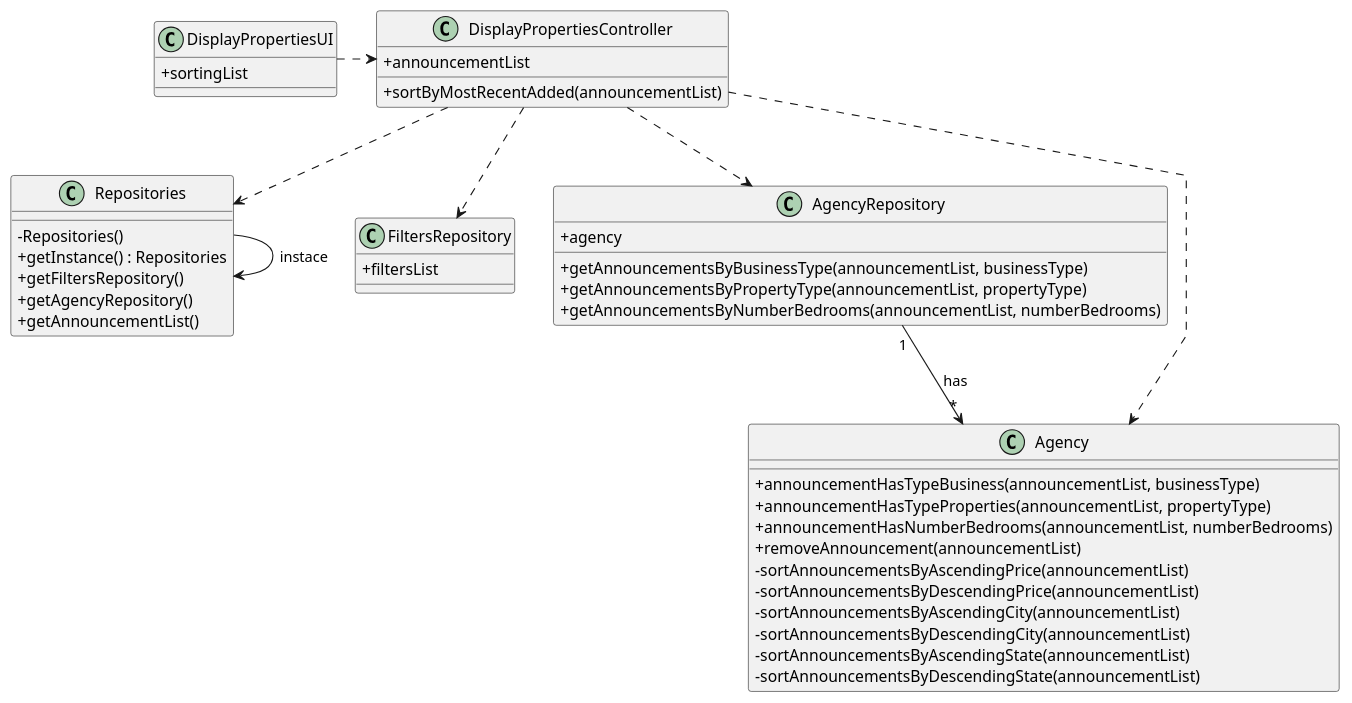
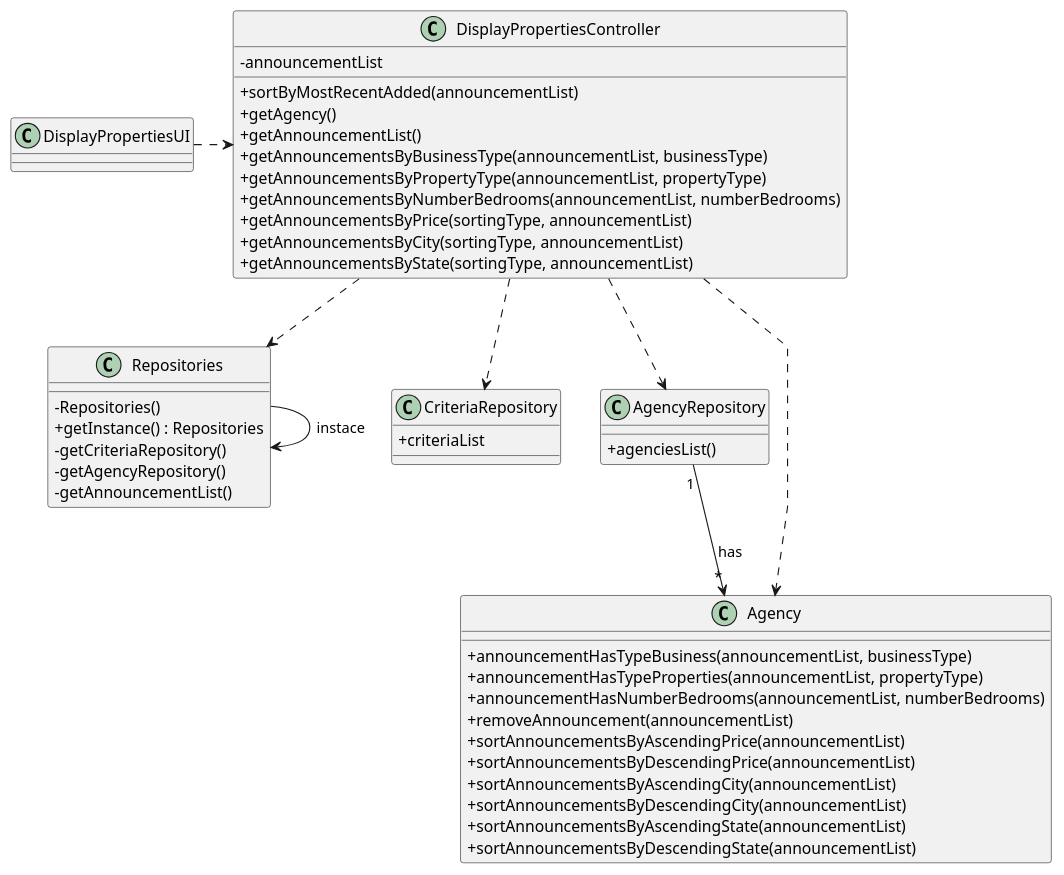
The diagram in docs/sprintB/us001/03.design/puml/us001-class-diagram.puml (rita-barbosa/LAPR2-2223), drawn with PlantUML before and after one commit. The commit also changed 1 other file, not shown here.

```diff
--- a/docs/sprintB/us001/03.design/puml/us001-class-diagram.puml
+++ b/docs/sprintB/us001/03.design/puml/us001-class-diagram.puml
@@ -1,70 +1,73 @@
 @startuml
 'skinparam monochrome true
 skinparam packageStyle rectangle
 skinparam shadowing false
 skinparam linetype polyline
 'skinparam linetype orto
 
 skinparam classAttributeIconSize 0
 
 class DisplayPropertiesUI {
-+sortingList
 }
 
 class DisplayPropertiesController {
-+announcementList
+-announcementList
 
 +sortByMostRecentAdded(announcementList)
++getAgency()
++getAnnouncementList()
++getAnnouncementsByBusinessType(announcementList, businessType)
++getAnnouncementsByPropertyType(announcementList, propertyType)
++getAnnouncementsByNumberBedrooms(announcementList, numberBedrooms)
++getAnnouncementsByPrice(sortingType, announcementList)
++getAnnouncementsByCity(sortingType, announcementList)
++getAnnouncementsByState(sortingType, announcementList)
 }
 
 class Repositories {
     - Repositories()
     + getInstance() : Repositories
-    + getFiltersRepository()
-    + getAgencyRepository()
-    + getAnnouncementList()
+    - getCriteriaRepository()
+    - getAgencyRepository()
+    - getAnnouncementList()
 
 }
 
-class FiltersRepository {
-+filtersList
+class CriteriaRepository {
++criteriaList
 }
 
 class AgencyRepository{
-+agency
-
-+getAnnouncementsByBusinessType(announcementList, businessType)
-+getAnnouncementsByPropertyType(announcementList, propertyType)
-+getAnnouncementsByNumberBedrooms(announcementList, numberBedrooms)
++agenciesList()
 
 }
 
 class Agency{
 +announcementHasTypeBusiness(announcementList, businessType)
 +announcementHasTypeProperties(announcementList, propertyType)
 +announcementHasNumberBedrooms(announcementList, numberBedrooms)
 +removeAnnouncement(announcementList)
--sortAnnouncementsByAscendingPrice(announcementList)
--sortAnnouncementsByDescendingPrice(announcementList)
--sortAnnouncementsByAscendingCity(announcementList)
--sortAnnouncementsByDescendingCity(announcementList)
--sortAnnouncementsByAscendingState(announcementList)
--sortAnnouncementsByDescendingState(announcementList)
++sortAnnouncementsByAscendingPrice(announcementList)
++sortAnnouncementsByDescendingPrice(announcementList)
++sortAnnouncementsByAscendingCity(announcementList)
++sortAnnouncementsByDescendingCity(announcementList)
++sortAnnouncementsByAscendingState(announcementList)
++sortAnnouncementsByDescendingState(announcementList)
 }
 
 
 DisplayPropertiesUI .> DisplayPropertiesController
 DisplayPropertiesController ..> Repositories
-DisplayPropertiesController ..> FiltersRepository
+DisplayPropertiesController ..> CriteriaRepository
 DisplayPropertiesController ..> AgencyRepository
 DisplayPropertiesController ..> Agency
 
 Repositories -> Repositories : instace
 AgencyRepository "1" --> "*" Agency : has
 
 
 
 
 
 
 @enduml
```
